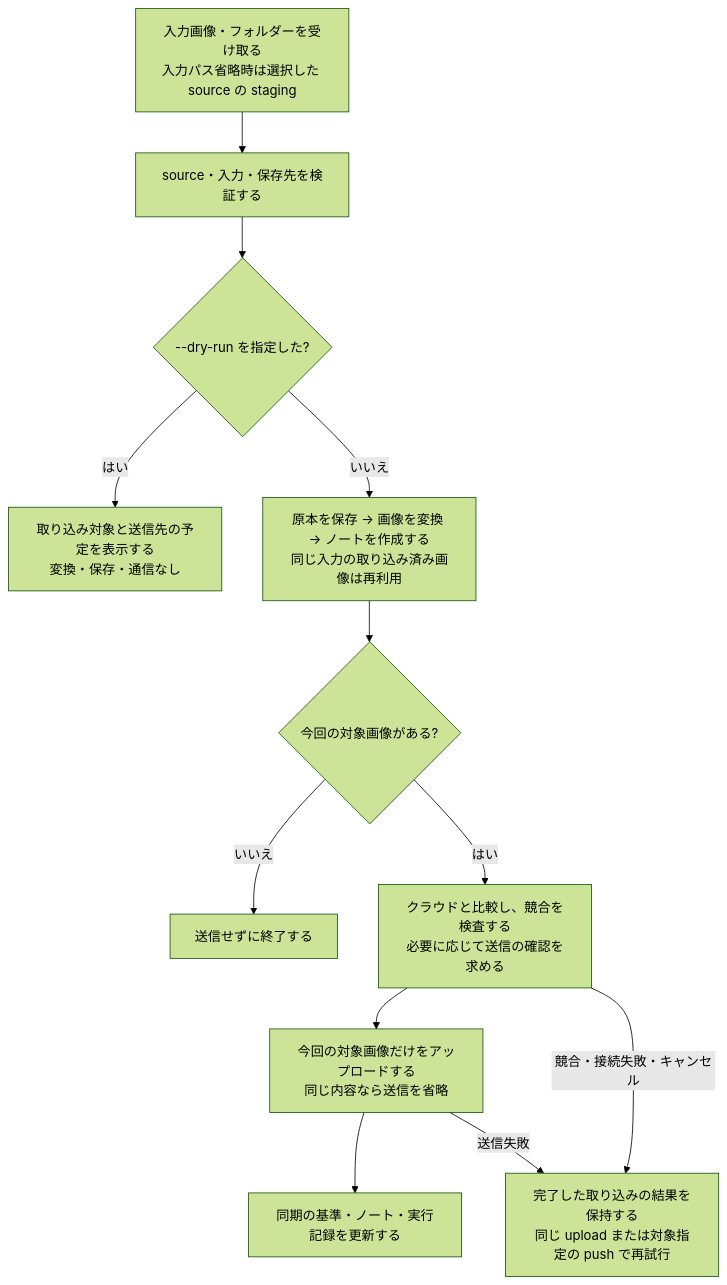
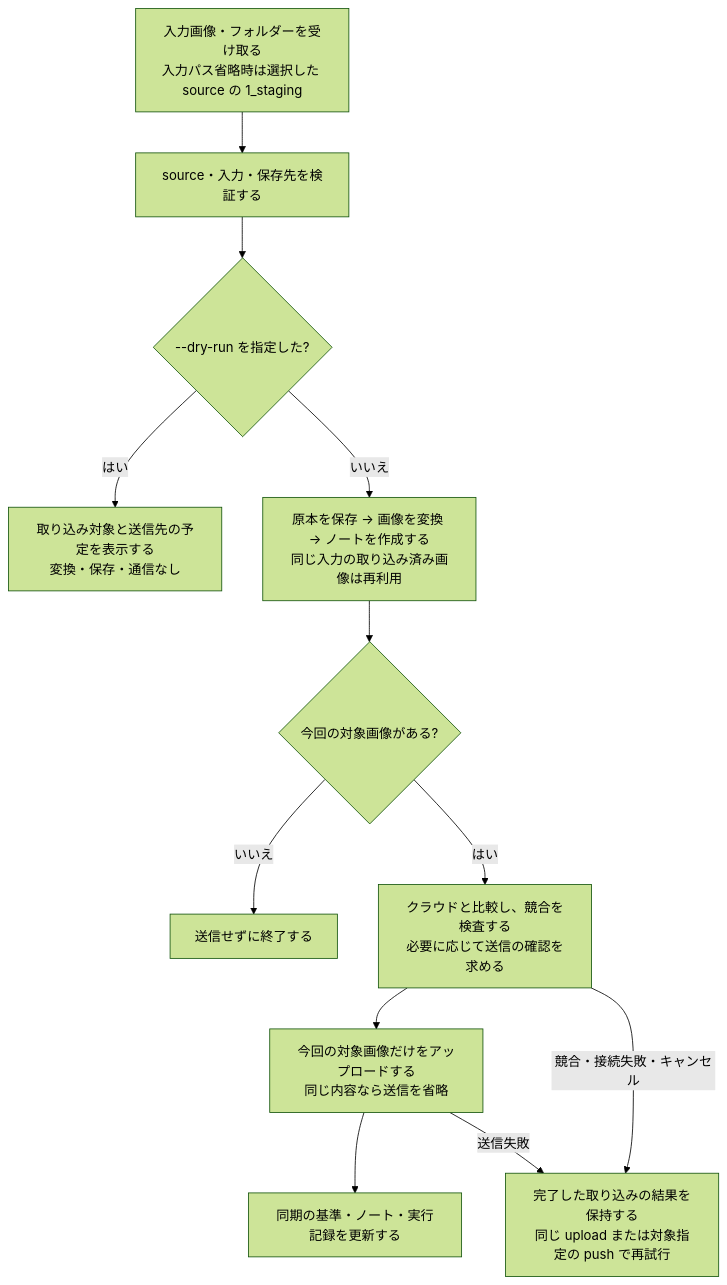
The fourth of 6 diagrams in README.md (tuckn/tkn_object_storage_catalog), drawn with Mermaid (forest theme) before and after one commit. The commit also changed other lines of this file and 20 other files, not shown here.

````diff
--- a/README.md
+++ b/README.md
@@ -931,14 +974,14 @@
 ```mermaid
 flowchart TD
-    Input["入力画像・フォルダーを受け取る<br/>入力パス省略時は選択した source の staging"] --> Validate["source・入力・保存先を検証する"]
+    Input["入力画像・フォルダーを受け取る<br/>入力パス省略時は選択した source の 1_staging"] --> Validate["source・入力・保存先を検証する"]
     Validate --> Preview{"--dry-run を指定した?"}
     Preview -->|はい| Plan["取り込み対象と送信先の予定を表示する<br/>変換・保存・通信なし"]
     Preview -->|いいえ| Import["原本を保存 → 画像を変換 → ノートを作成する<br/>同じ入力の取り込み済み画像は再利用"]
     Import --> Targets{"今回の対象画像がある?"}
     Targets -->|いいえ| Empty["送信せずに終了する"]
     Targets -->|はい| Compare["クラウドと比較し、競合を検査する<br/>必要に応じて送信の確認を求める"]
     Compare --> Send["今回の対象画像だけをアップロードする<br/>同じ内容なら送信を省略"]
     Send --> Record["同期の基準・ノート・実行記録を更新する"]
     Compare -->|競合・接続失敗・キャンセル| Retain["完了した取り込みの結果を保持する<br/>同じ upload または対象指定の push で再試行"]
     Send -->|送信失敗| Retain
 ```
````
